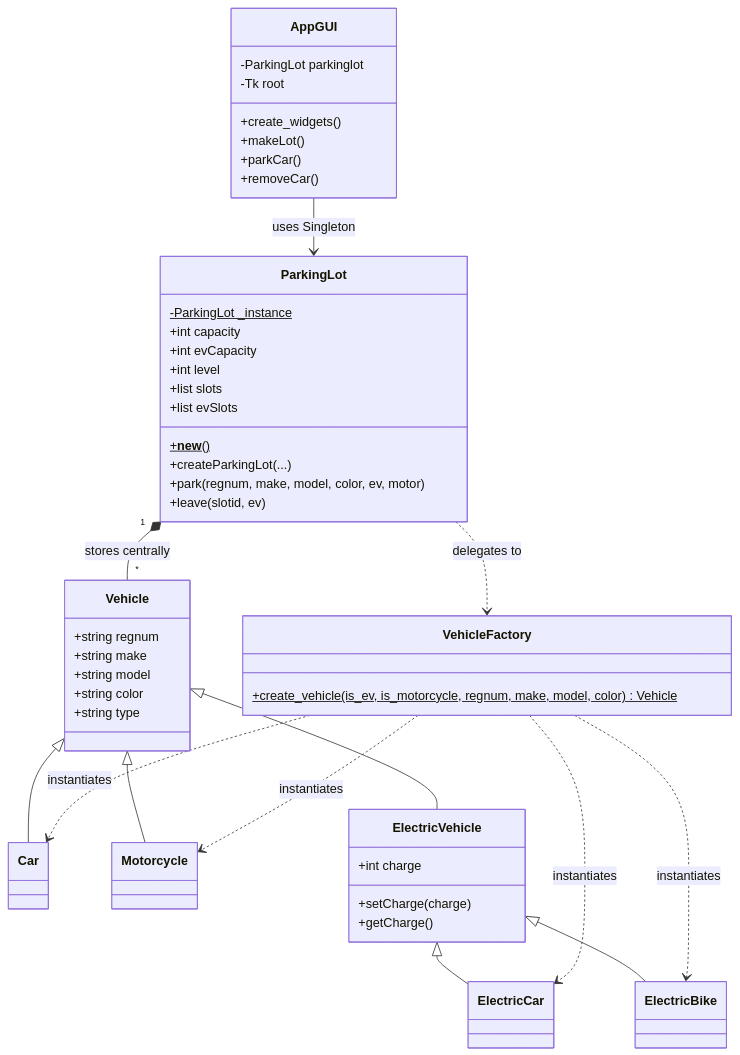
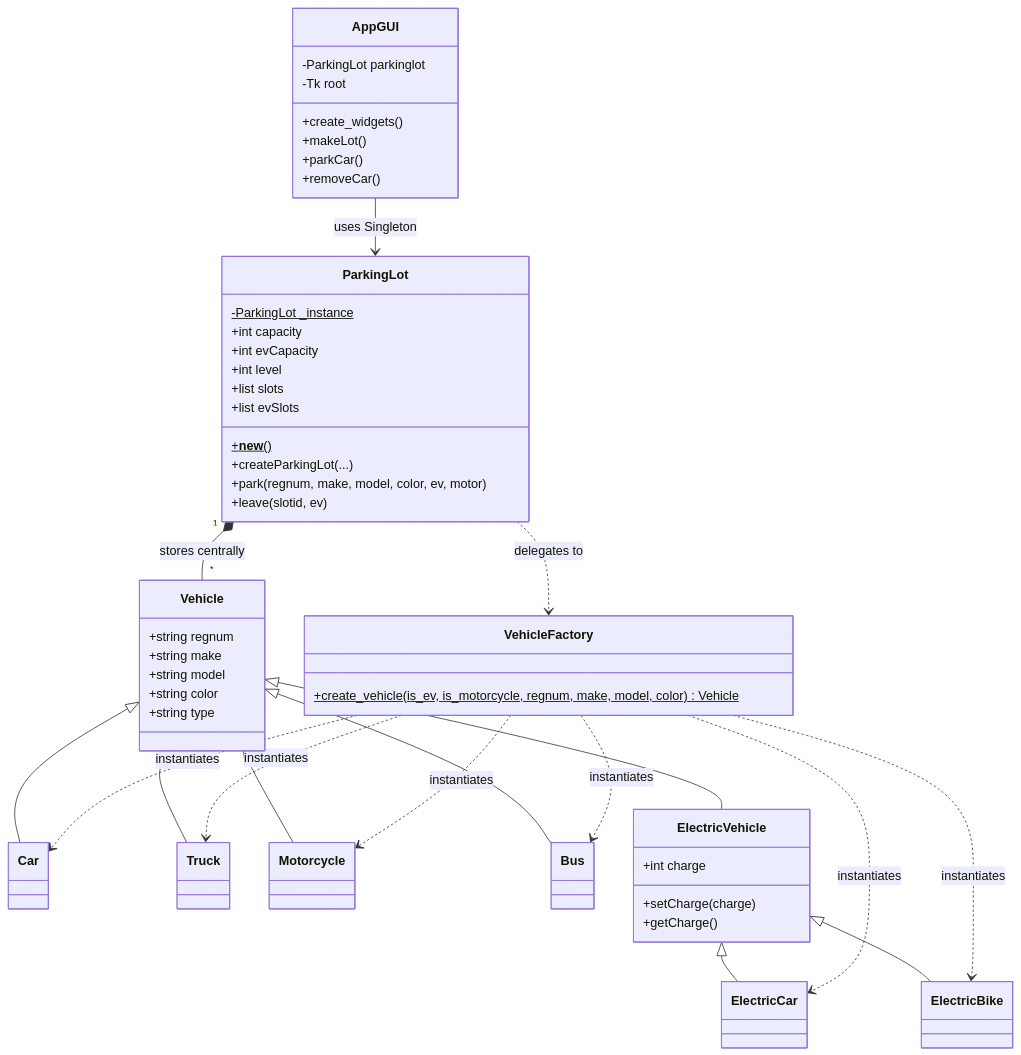
One commit to phuocnguyen90/msse changed the third of 4 diagrams in project_3_software_design/11_UML_Diagrams.md. Above: the diagram before and after it, drawn with Mermaid. The commit also changed other lines of this file and 1 other file, not shown here.

First line of the commit message:
docs: expand anti-patterns analysis and fix UML class diagrams

````diff
--- a/project_3_software_design/11_UML_Diagrams.md
+++ b/project_3_software_design/11_UML_Diagrams.md
@@ -100,60 +108,66 @@
 ```mermaid
 classDiagram
     class ParkingLot {
         -ParkingLot _instance$
         +int capacity
         +int evCapacity
         +int level
         +list slots
         +list evSlots
         +__new__()$
         +createParkingLot(...)
         +park(regnum, make, model, color, ev, motor)
         +leave(slotid, ev)
     }
     
     class VehicleFactory {
         +create_vehicle(is_ev, is_motorcycle, regnum, make, model, color)$ Vehicle
     }
     
     class Vehicle {
         +string regnum
         +string make
         +string model
         +string color
         +string type
     }
     class Car
+    class Truck
     class Motorcycle
+    class Bus
     class ElectricVehicle {
         +int charge
         +setCharge(charge)
         +getCharge()
     }
     class ElectricCar
     class ElectricBike
     
     Vehicle <|-- Car
+    Vehicle <|-- Truck
     Vehicle <|-- Motorcycle
+    Vehicle <|-- Bus
     Vehicle <|-- ElectricVehicle
     ElectricVehicle <|-- ElectricCar
     ElectricVehicle <|-- ElectricBike
     
     ParkingLot ..> VehicleFactory : delegates to
     VehicleFactory ..> Car : instantiates
+    VehicleFactory ..> Truck : instantiates
     VehicleFactory ..> Motorcycle : instantiates
+    VehicleFactory ..> Bus : instantiates
     VehicleFactory ..> ElectricCar : instantiates
     VehicleFactory ..> ElectricBike : instantiates
     
     ParkingLot "1" *-- "*" Vehicle : stores centrally
     
     class AppGUI {
         -ParkingLot parkinglot
         -Tk root
         +create_widgets()
         +makeLot()
         +parkCar()
         +removeCar()
     }
     AppGUI --> ParkingLot : uses Singleton
 ```
````
